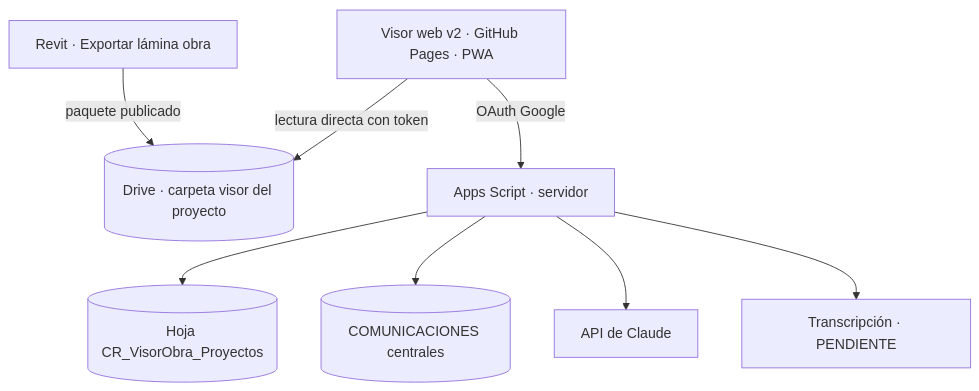
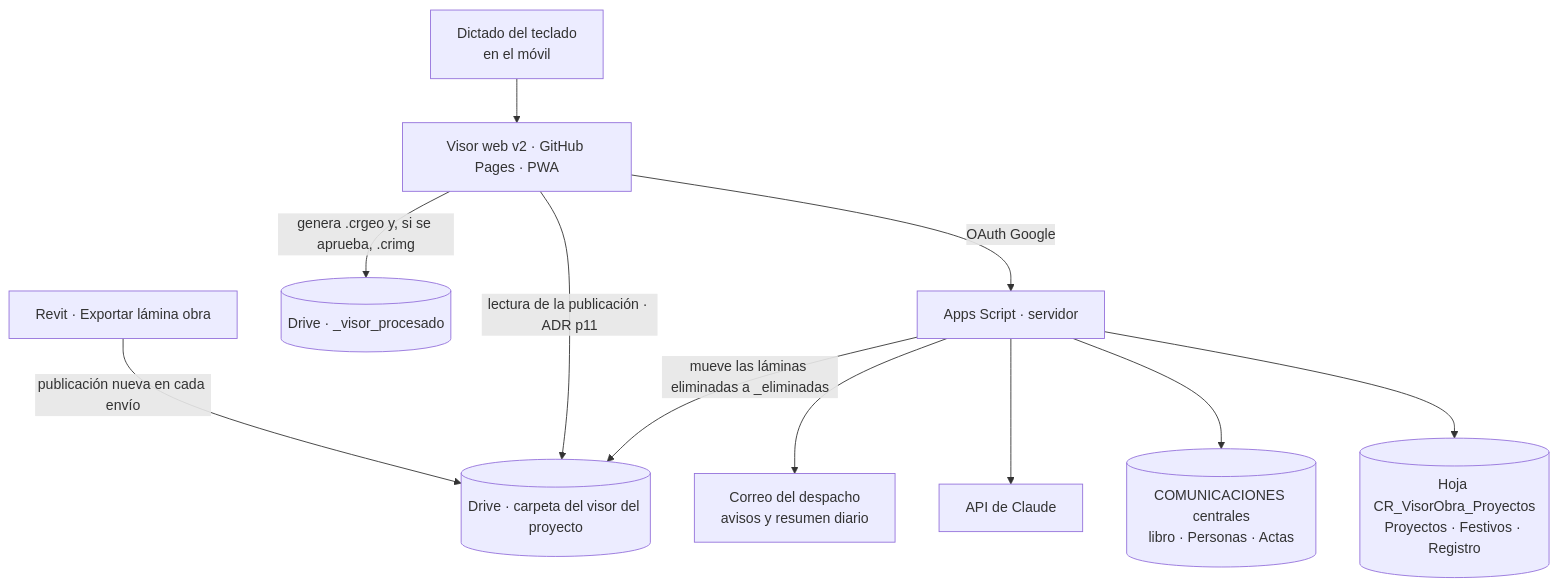
Before and after one commit to dsegarra-dev/visor-obra: the second of 2 diagrams in docs/specs/CR_ESP_VisorObra_PO_v2.0.md, drawn with Mermaid. The commit also changed other lines of this file and 3 other files, not shown here.

First line of the commit message:
v2-p7: spec cerrada con la entrevista y las medidas de la v1

````diff
--- a/docs/specs/CR_ESP_VisorObra_PO_v2.0.md
+++ b/docs/specs/CR_ESP_VisorObra_PO_v2.0.md
@@ -123,10 +204,13 @@
 ```mermaid
 flowchart TB
-  R[Revit · Exportar lámina obra] -->|paquete publicado| D[(Drive · carpeta visor del proyecto)]
+  R[Revit · Exportar lámina obra] -->|publicación nueva en cada envío| D[(Drive · carpeta del visor del proyecto)]
   V[Visor web v2 · GitHub Pages · PWA] -->|OAuth Google| S[Apps Script · servidor]
-  S --> H[(Hoja CR_VisorObra_Proyectos)]
-  S --> C[(COMUNICACIONES centrales)]
+  S --> H[(Hoja CR_VisorObra_Proyectos<br/>Proyectos · Festivos · Registro)]
+  S --> C[(COMUNICACIONES centrales<br/>libro · Personas · Actas)]
   S --> AI[API de Claude]
-  S --> T[Transcripción · PENDIENTE]
-  V -->|lectura directa con token| D
+  S --> M[Correo del despacho<br/>avisos y resumen diario]
+  S -->|mueve las láminas eliminadas a _eliminadas| D
+  V -->|lectura de la publicación · ADR p11| D
+  V -->|genera .crgeo y, si se aprueba, .crimg| P[(Drive · _visor_procesado)]
+  T[Dictado del teclado<br/>en el móvil] --> V
 ```
````
